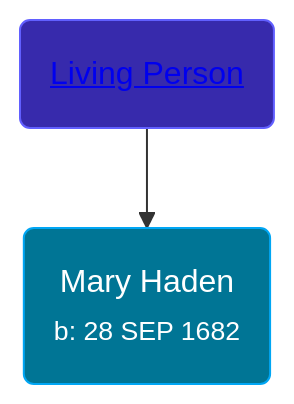
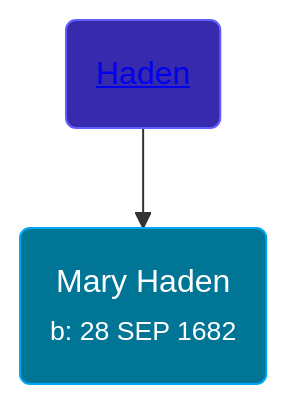
Before and after one commit to wpmgotkh/wpmgotkh.github.io: the diagram in pages/people/1/19224987.md, drawn with Mermaid. The commit also changed other lines of this file and 586 other files, not shown here.

Commit message:
feat: better shouldConsiderPersonLiving algo

````diff
--- a/pages/people/1/19224987.md
+++ b/pages/people/1/19224987.md
@@ -10,8 +10,8 @@
 ```mermaid
 graph
 classDef grands fill:#193cb8,stroke:#2b7fff,stroke-width:1px,color:#fff;
 classDef parents fill:#372aac,stroke:#615fff,stroke-width:1px,color:#fff;
 classDef primary fill:#007595,stroke:#00a6f4,stroke-width:1px,color:#fff;
 19224987(Mary Haden<br /><small>b: 28 SEP 1682</small>):::primary
-61582599(<a class="text-white" href="/people/6/61582599">Living Person</a>):::parents-->19224987
+61582599(<a class="text-white" href="/people/6/61582599">Haden</a>):::parents-->19224987
 ```
````
